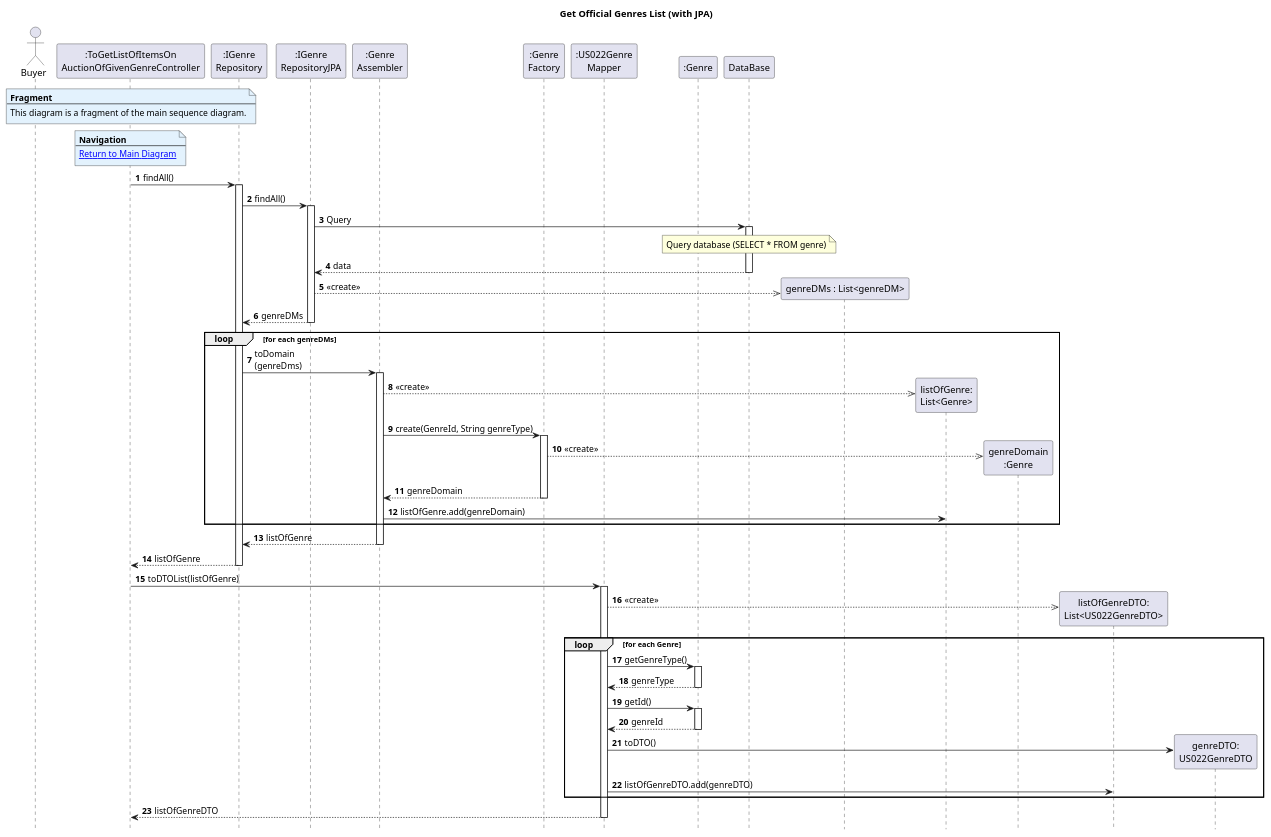
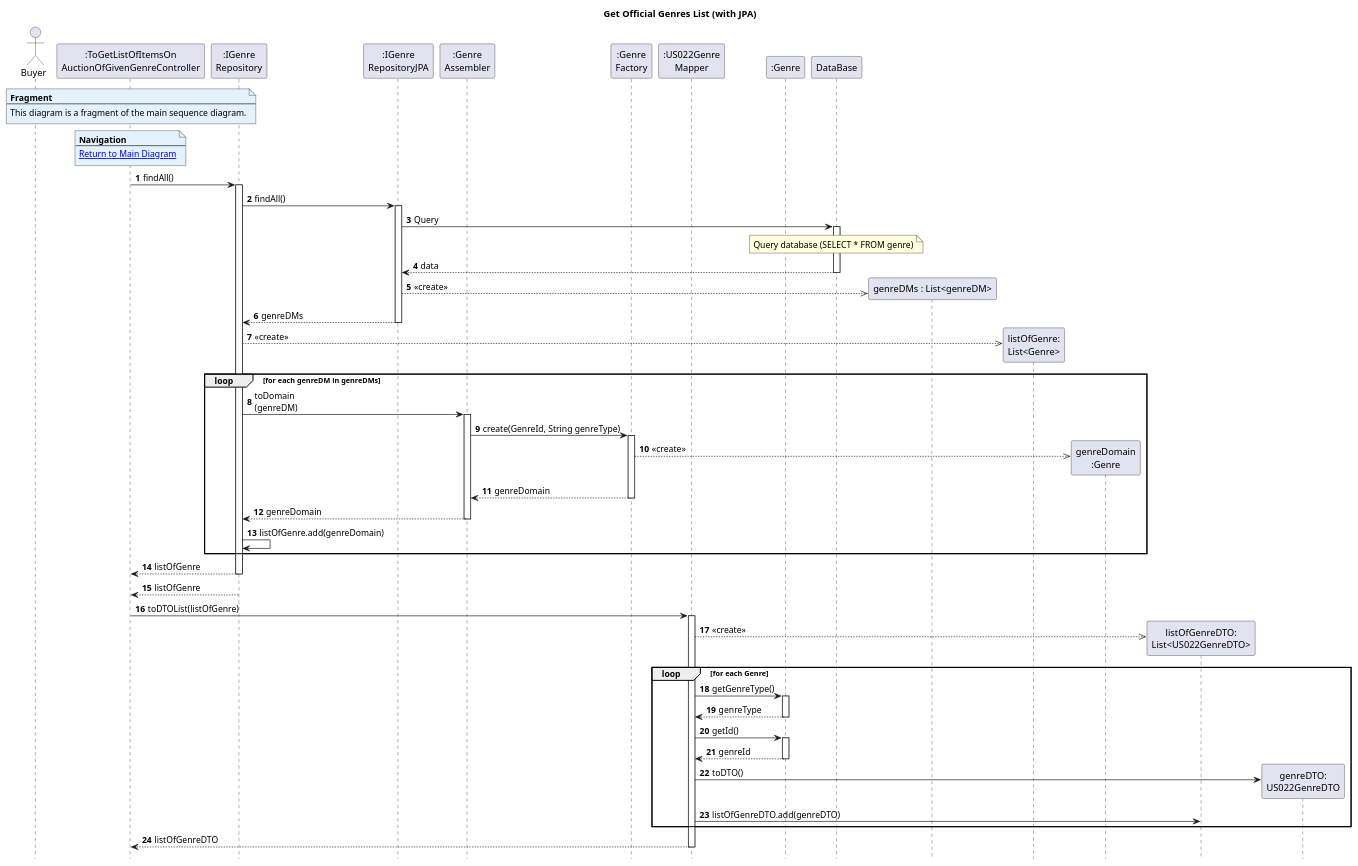
Before and after one commit to AndrePereiraGitH/SWitCH-Project-Team_A: the diagram in Diagrams/SequenceDiagrams/N2/To-get-list-of-items-on-auction-of-a-given-genre/2.GetAllGenres.puml, drawn with PlantUML.

Commit message:
Refactor sequence diagram for genre retrieval process

```diff
--- a/Diagrams/SequenceDiagrams/N2/To-get-list-of-items-on-auction-of-a-given-genre/2.GetAllGenres.puml
+++ b/Diagrams/SequenceDiagrams/N2/To-get-list-of-items-on-auction-of-a-given-genre/2.GetAllGenres.puml
@@ -1,105 +1,105 @@
 @startuml
 autonumber
 hide footbox
 title Get Official Genres List (with JPA)
 
 actor Buyer as User
 
 participant ":ToGetListOfItemsOn\nAuctionOfGivenGenreController" as C
 participant ":IGenre\nRepository" as GR
 participant ":IGenre\nRepositoryJPA" as GRJPA
 participant ":Genre\nAssembler" as Assembler
 participant ":Genre\nFactory" as Factory
 participant ":US022Genre\nMapper" as MAPPER
 participant ":Genre" as ENTITY
 participant "DataBase" as EM
 
 note over C #E3F2FD
 <b>Fragment</b>
 ---
 This diagram is a fragment of the main sequence diagram.
 end note
 
 note over C #E3F2FD
 <b>Navigation</b>
 ---
 [[1.MainDiagram.puml Return to Main Diagram]]
 end note
 
 C -> GR : findAll()
 activate GR
 
 GR -> GRJPA : findAll()
 activate GRJPA
 
 GRJPA -> EM : Query
 activate EM
 
 note over EM
 Query database (SELECT * FROM genre)
 end note
 
 EM --> GRJPA : data
 deactivate EM
 
 GRJPA -->> "genreDMs : List<genreDM>"** : <<create>>
 
-
 GRJPA --> GR : genreDMs
 deactivate GRJPA
 
-loop for each genreDMs
-    GR -> Assembler : toDomain\n(genreDms)
+create "listOfGenre:\nList<Genre>" as listOfGenre
+    GR -->> listOfGenre : <<create>>
+
+loop for each genreDM in genreDMs
+    GR -> Assembler : toDomain\n(genreDM)
     activate Assembler
-
-    create "listOfGenre:\nList<Genre>" as listOfGenre
-    Assembler -->> listOfGenre : <<create>>
-
 
     Assembler -> Factory : create(GenreId, String genreType)
 
     activate Factory
 
     create "genreDomain\n:Genre" as genreDomain
     Factory -->> genreDomain : <<create>>
 
     Factory --> Assembler : genreDomain
     deactivate Factory
 
-    Assembler -> listOfGenre : listOfGenre.add(genreDomain)
+    Assembler --> GR : genreDomain
+    deactivate Assembler
+    GR -> GR : listOfGenre.add(genreDomain)
 end
 
-Assembler --> GR : listOfGenre
-deactivate Assembler
+GR --> C : listOfGenre
+deactivate GR
 
 GR --> C : listOfGenre
 deactivate GR
 
 C -> MAPPER : toDTOList(listOfGenre)
 activate MAPPER
 
 create "listOfGenreDTO:\nList<US022GenreDTO>" as listDTO
 MAPPER -->> listDTO : <<create>>
 
 loop for each Genre
     MAPPER -> ENTITY : getGenreType()
     activate ENTITY
     ENTITY --> MAPPER : genreType
         deactivate ENTITY
     MAPPER -> ENTITY : getId()
     activate ENTITY
     ENTITY --> MAPPER : genreId
     deactivate ENTITY
 
 
     create "genreDTO:\nUS022GenreDTO" as genreDTO
     MAPPER -> genreDTO : toDTO()
 
     MAPPER -> listDTO : listOfGenreDTO.add(genreDTO)
 end
 
 MAPPER --> C : listOfGenreDTO
 deactivate MAPPER
 
 
 @enduml
```
